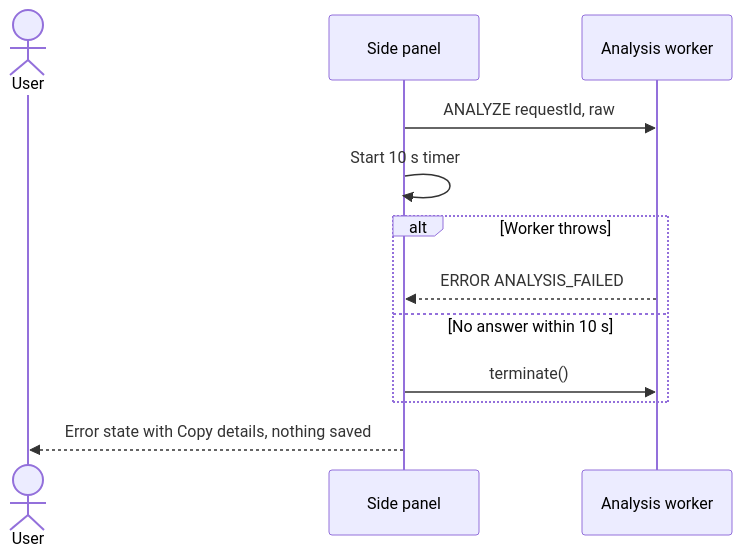
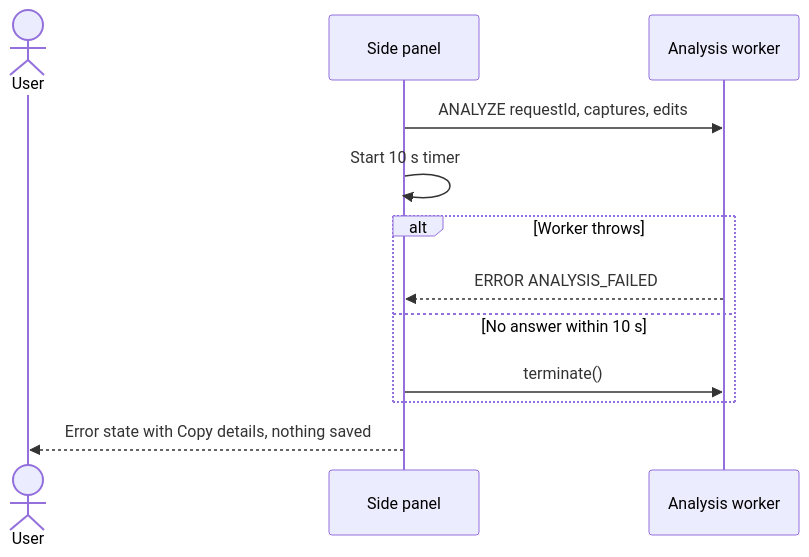
One commit to ankitmaurya-16/webstyle-extractor-for-ai-agents changed the third of 13 diagrams in docs/sequences.md. Above: the diagram before and after it, drawn with Mermaid. The commit also changed other lines of this file and 14 other files, not shown here.

````diff
--- a/docs/sequences.md
+++ b/docs/sequences.md
@@ -71,14 +76,14 @@
 ```mermaid
 sequenceDiagram
   actor U as User
   participant P as Side panel
   participant W as Analysis worker
-  P->>W: ANALYZE requestId, raw
+  P->>W: ANALYZE requestId, captures, edits
   P->>P: Start 10 s timer
   alt Worker throws
     W-->>P: ERROR ANALYSIS_FAILED
   else No answer within 10 s
     P->>W: terminate()
   end
   P-->>U: Error state with Copy details, nothing saved
 ```
````
